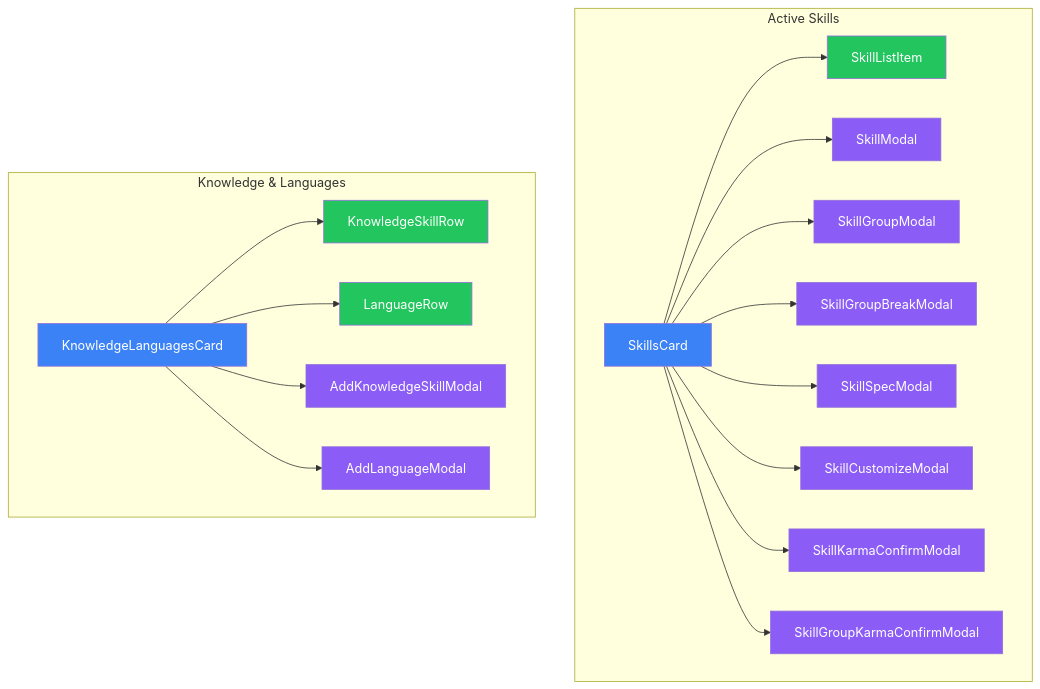
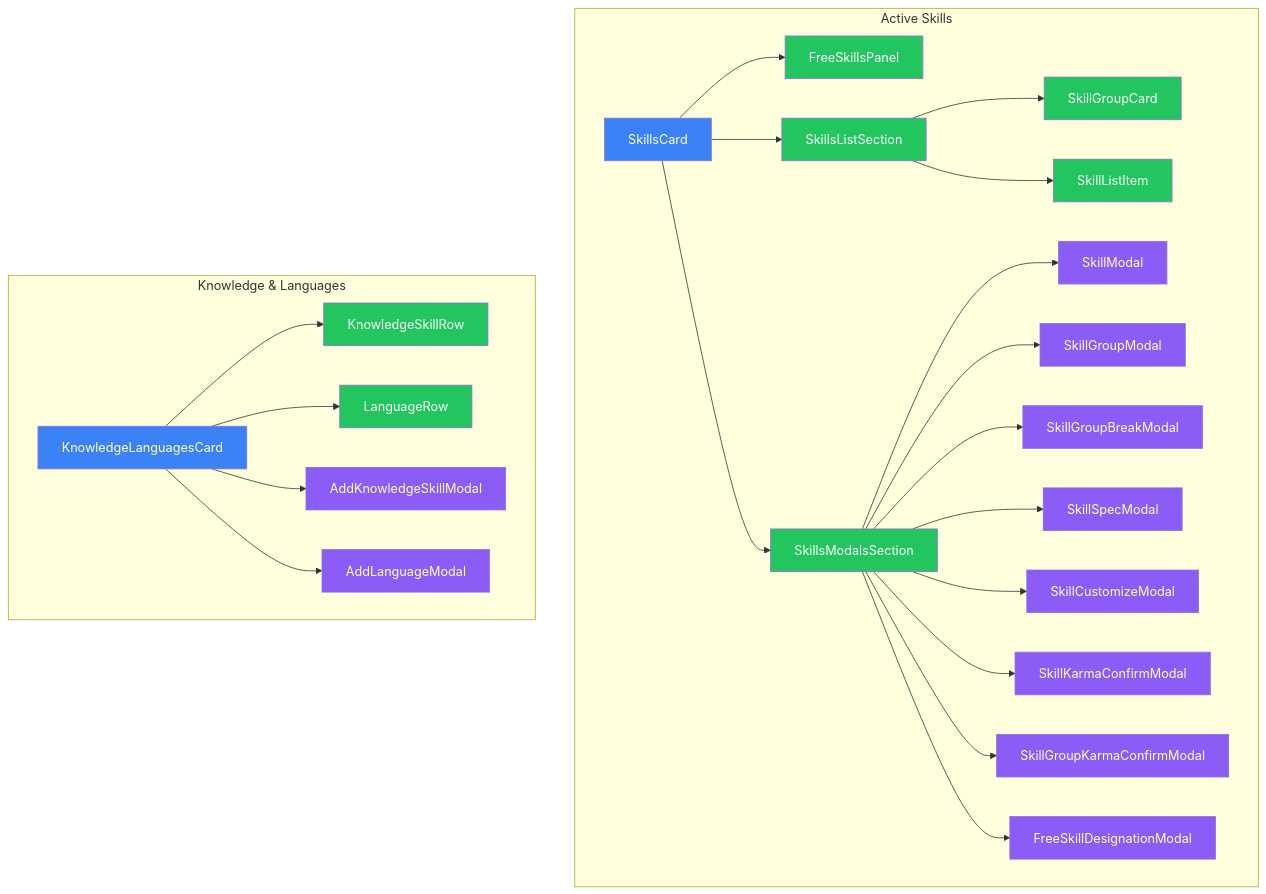
One commit to Jasrags/ShadowMaster changed the diagram in docs/architecture/creation-components/03-skills-system.md. Above: the diagram before and after it, drawn with Mermaid. The commit also changed other lines of this file and 28 other files, not shown here.

First line of the commit message:
refactor(creation): Extract SkillsCard sub-components (#301) (#309)

````diff
--- a/docs/architecture/creation-components/03-skills-system.md
+++ b/docs/architecture/creation-components/03-skills-system.md
@@ -7,51 +7,66 @@
 ```mermaid
 graph TD
     subgraph "Active Skills"
         SkillsCard[SkillsCard]
+        SkillsListSection[SkillsListSection]
+        SkillsModalsSection[SkillsModalsSection]
+        FreeSkillsPanel[FreeSkillsPanel]
+        SkillGroupCard[SkillGroupCard]
         SkillListItem[SkillListItem]
         SkillModal[SkillModal]
         SkillGroupModal[SkillGroupModal]
         SkillGroupBreakModal[SkillGroupBreakModal]
         SkillSpecModal[SkillSpecModal]
         SkillCustomizeModal[SkillCustomizeModal]
         SkillKarmaConfirmModal[SkillKarmaConfirmModal]
         SkillGroupKarmaConfirmModal[SkillGroupKarmaConfirmModal]
+        FreeSkillDesignationModal[FreeSkillDesignationModal]
 
-        SkillsCard --> SkillListItem
-        SkillsCard --> SkillModal
-        SkillsCard --> SkillGroupModal
-        SkillsCard --> SkillGroupBreakModal
-        SkillsCard --> SkillSpecModal
-        SkillsCard --> SkillCustomizeModal
-        SkillsCard --> SkillKarmaConfirmModal
-        SkillsCard --> SkillGroupKarmaConfirmModal
+        SkillsCard --> FreeSkillsPanel
+        SkillsCard --> SkillsListSection
+        SkillsCard --> SkillsModalsSection
+        SkillsListSection --> SkillGroupCard
+        SkillsListSection --> SkillListItem
+        SkillsModalsSection --> SkillModal
+        SkillsModalsSection --> SkillGroupModal
+        SkillsModalsSection --> SkillGroupBreakModal
+        SkillsModalsSection --> SkillSpecModal
+        SkillsModalsSection --> SkillCustomizeModal
+        SkillsModalsSection --> SkillKarmaConfirmModal
+        SkillsModalsSection --> SkillGroupKarmaConfirmModal
+        SkillsModalsSection --> FreeSkillDesignationModal
     end
 
     subgraph "Knowledge & Languages"
         KnowledgeLanguagesCard[KnowledgeLanguagesCard]
         KnowledgeSkillRow[KnowledgeSkillRow]
         LanguageRow[LanguageRow]
         AddKnowledgeSkillModal[AddKnowledgeSkillModal]
         AddLanguageModal[AddLanguageModal]
 
         KnowledgeLanguagesCard --> KnowledgeSkillRow
         KnowledgeLanguagesCard --> LanguageRow
         KnowledgeLanguagesCard --> AddKnowledgeSkillModal
         KnowledgeLanguagesCard --> AddLanguageModal
     end
 
     style SkillsCard fill:#3b82f6,color:#fff
+    style SkillsListSection fill:#22c55e,color:#fff
+    style SkillsModalsSection fill:#22c55e,color:#fff
+    style SkillGroupCard fill:#22c55e,color:#fff
     style SkillListItem fill:#22c55e,color:#fff
     style SkillModal fill:#8b5cf6,color:#fff
     style SkillGroupModal fill:#8b5cf6,color:#fff
     style SkillGroupBreakModal fill:#8b5cf6,color:#fff
     style SkillSpecModal fill:#8b5cf6,color:#fff
     style SkillCustomizeModal fill:#8b5cf6,color:#fff
     style SkillKarmaConfirmModal fill:#8b5cf6,color:#fff
     style SkillGroupKarmaConfirmModal fill:#8b5cf6,color:#fff
+    style FreeSkillsPanel fill:#22c55e,color:#fff
+    style FreeSkillDesignationModal fill:#8b5cf6,color:#fff
     style KnowledgeLanguagesCard fill:#3b82f6,color:#fff
     style KnowledgeSkillRow fill:#22c55e,color:#fff
     style LanguageRow fill:#22c55e,color:#fff
     style AddKnowledgeSkillModal fill:#8b5cf6,color:#fff
     style AddLanguageModal fill:#8b5cf6,color:#fff
 ```
````
